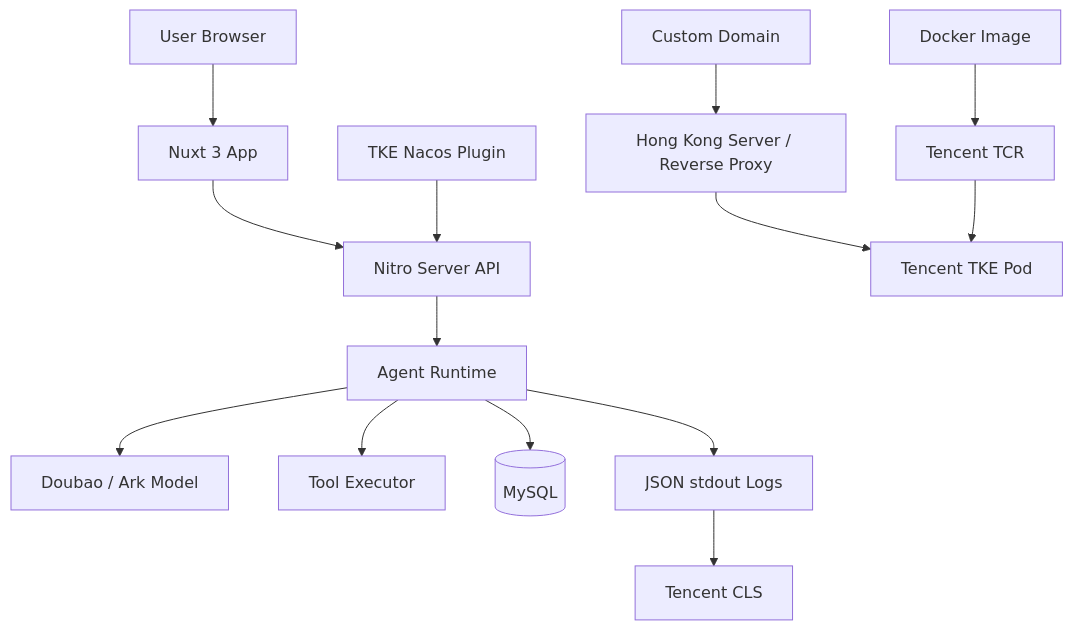
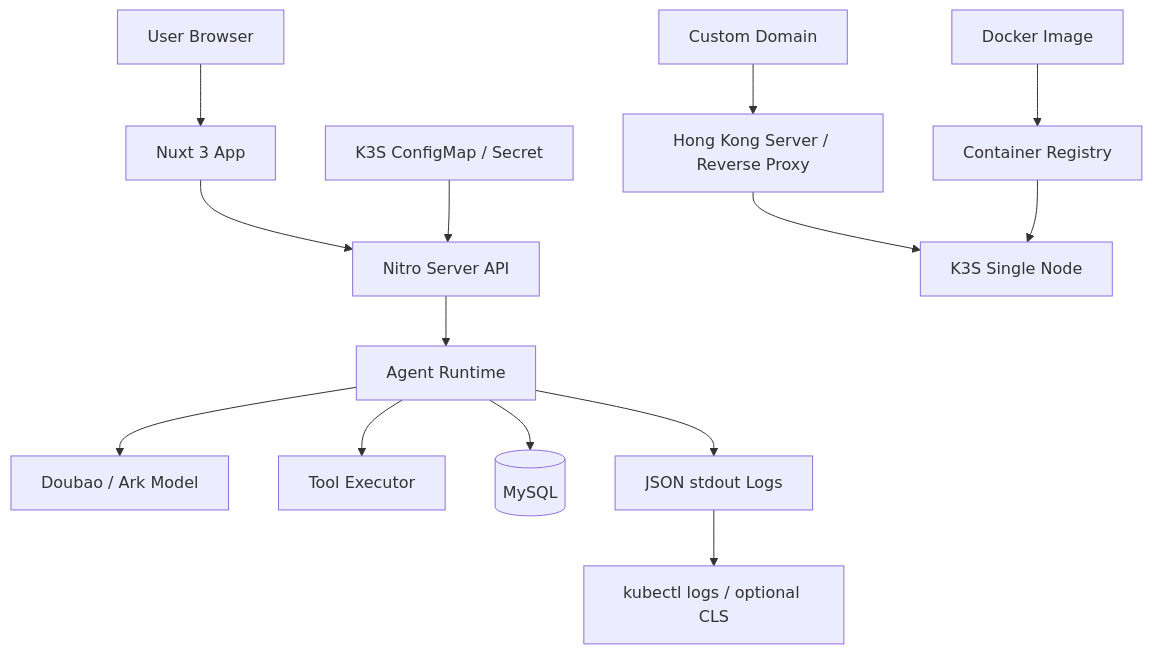
Before and after one commit to DuanHejin/super-agent-console: the diagram in super_agent_console_codex_requirement.md, drawn with Mermaid. The commit also changed other lines of this file and 5 other files, not shown here.

````diff
--- a/super_agent_console_codex_requirement.md
+++ b/super_agent_console_codex_requirement.md
@@ -1119,16 +1133,16 @@
 ```mermaid
 flowchart TD
   User[User Browser] --> Nuxt[Nuxt 3 App]
   Nuxt --> API[Nitro Server API]
   API --> Agent[Agent Runtime]
   Agent --> Model[Doubao / Ark Model]
   Agent --> Tools[Tool Executor]
   Agent --> DB[(MySQL)]
   Agent --> Log[JSON stdout Logs]
-  Log --> CLS[Tencent CLS]
-  Nacos[TKE Nacos Plugin] --> API
+  Log --> LogView[kubectl logs / optional CLS]
+  Config[K3S ConfigMap / Secret] --> API
   Domain[Custom Domain] --> HK[Hong Kong Server / Reverse Proxy]
-  HK --> TKE
-  Docker[Docker Image] --> TCR[Tencent TCR]
-  TCR --> TKE[Tencent TKE Pod]
+  HK --> K3S[K3S Single Node]
+  Docker[Docker Image] --> Registry[Container Registry]
+  Registry --> K3S
 ```
````
